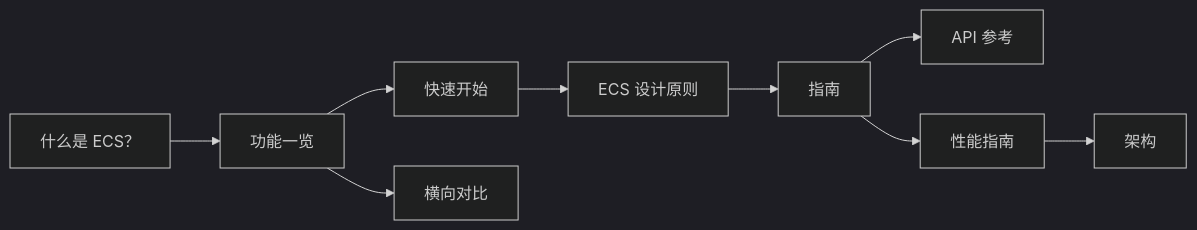
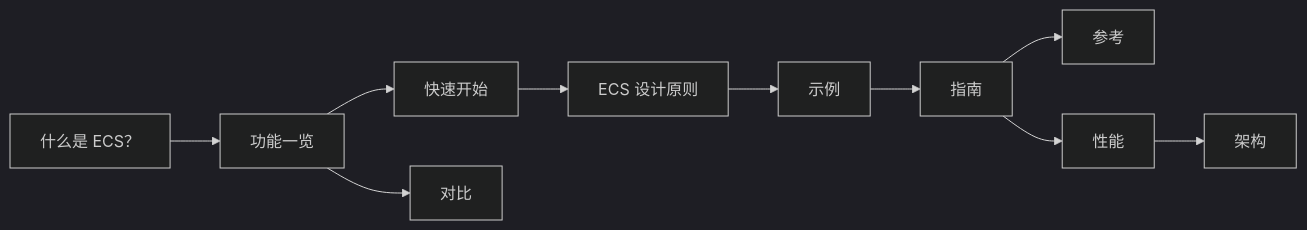
One commit to JasonXuDeveloper/EasyEcs changed the diagram in docs/content/index.zh.mdx. Above: the diagram before and after it, drawn with Mermaid (dark theme). The commit also changed other lines of this file and 36 other files, not shown here.

First line of the commit message:
Docs: example, architecture, API, FAQ, decisions, roadmap, changelog and AI pages in English and Chinese

````diff
--- a/docs/content/index.zh.mdx
+++ b/docs/content/index.zh.mdx
@@ -66,7 +85,7 @@
 ```mermaid
 flowchart LR
-    W[什么是 ECS？] --> F[功能一览] --> G[快速开始] --> P[ECS 设计原则] --> U[指南]
-    U --> R[API 参考]
-    U --> Perf[性能指南] --> A[架构]
-    F --> C[横向对比]
+    W[什么是 ECS？] --> F[功能一览] --> G[快速开始] --> P[ECS 设计原则] --> X[示例]
+    X --> U[指南] --> R[参考]
+    U --> Perf[性能] --> A[架构]
+    F --> C[对比]
 ```
````
